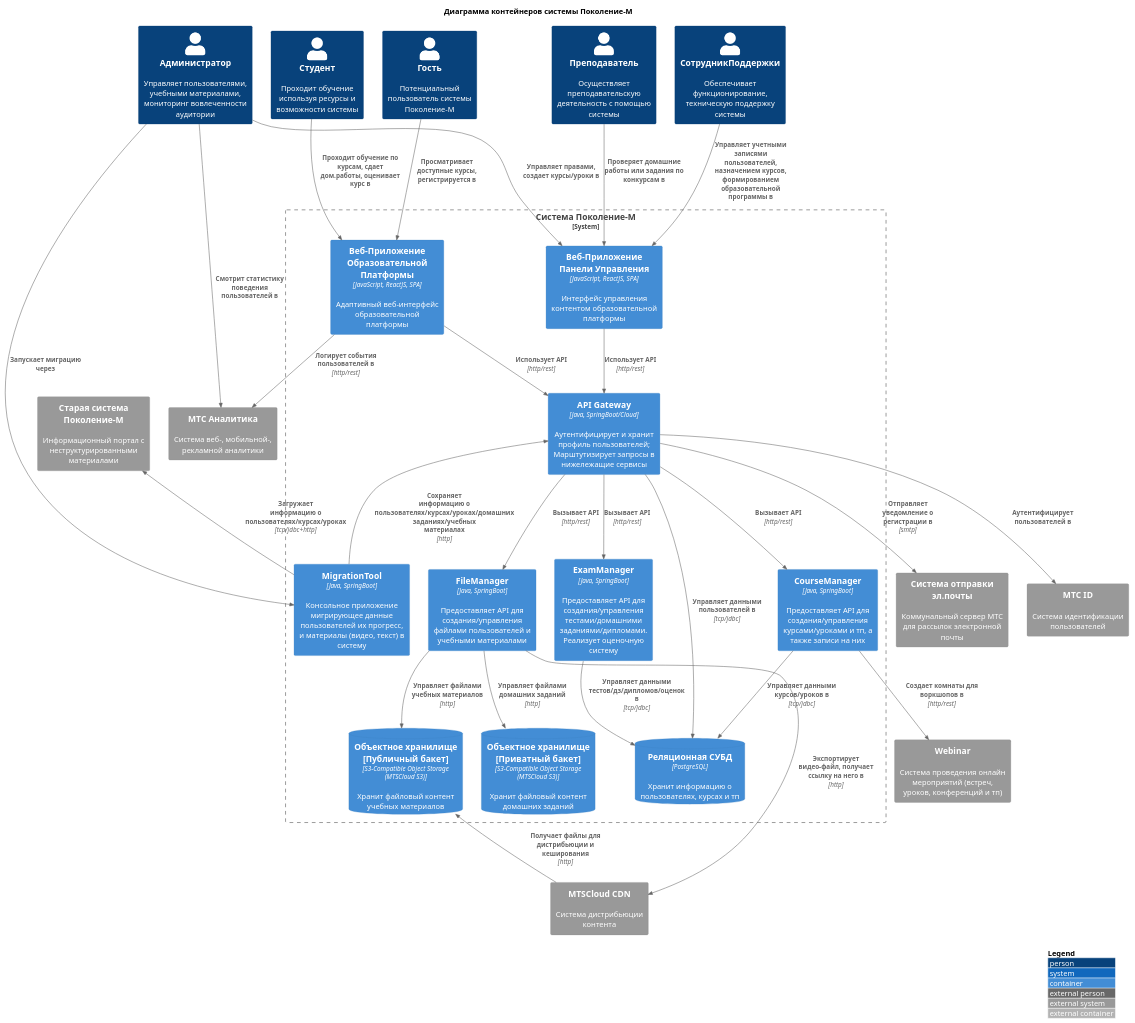
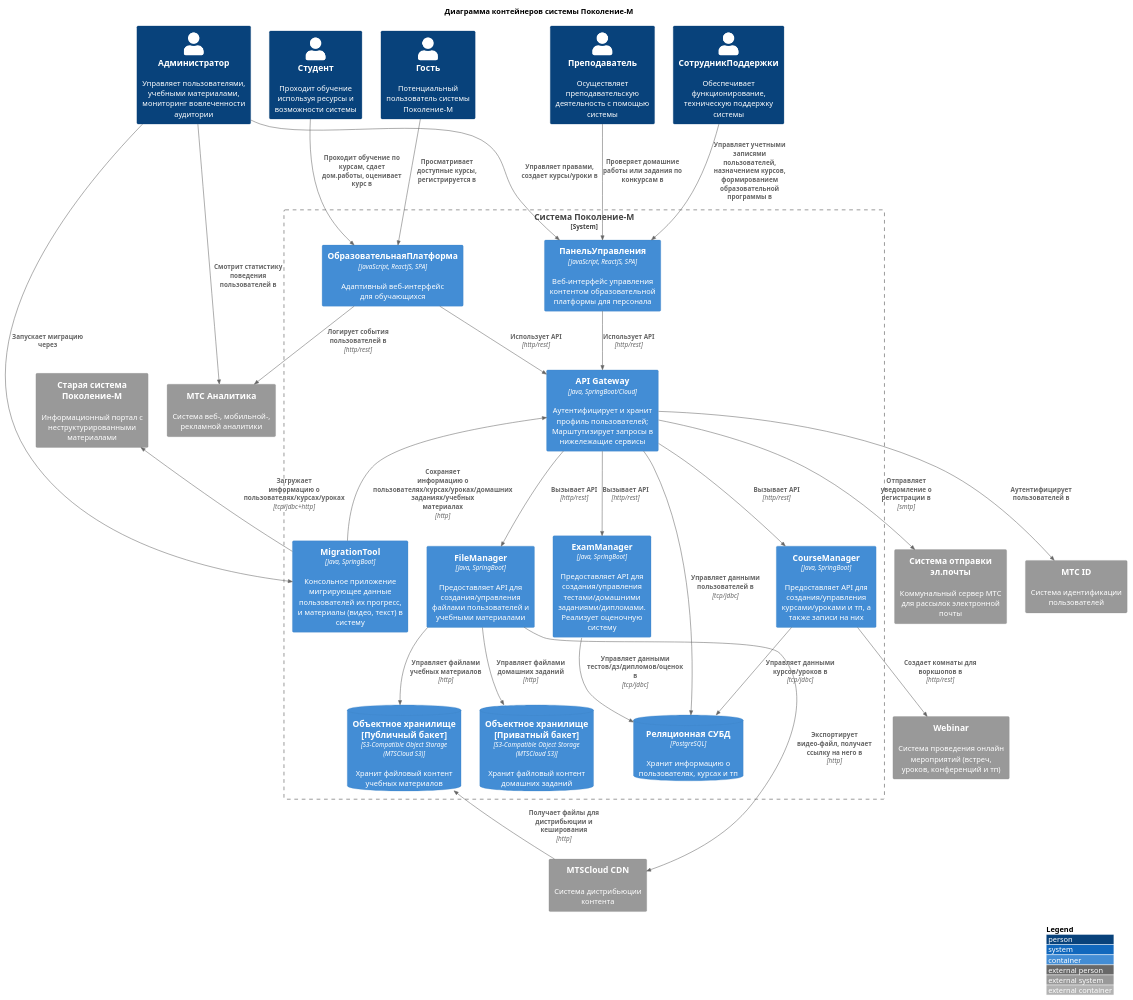
The diagram in docs/c4/containers.md (karpoftea/mts-kata-2023), drawn with PlantUML before and after one commit.

````diff
--- a/docs/c4/containers.md
+++ b/docs/c4/containers.md
@@ -7,71 +7,71 @@
 ```plantuml
 @startuml
 !include https://raw.githubusercontent.com/plantuml-stdlib/C4-PlantUML/master/C4_Container.puml
 
 LAYOUT_WITH_LEGEND()
 
 title Диаграмма контейнеров системы Поколение-М
 
 Person(guest, "Гость", "Потенциальный пользователь системы Поколение-М")
 Person(student, "Студент", "Проходит обучение используя ресурсы и возможности системы")
 Person(teacher, "Преподаватель", "Осуществляет преподавательскую деятельность с помощью системы")
 Person(support, "СотрудникПоддержки", "Обеспечивает функционирование, техническую поддержку системы")
 Person(admin, "Администратор", "Управляет пользователями, учебными материалами, мониторинг вовлеченности аудитории")
 
 System_Boundary(sys, "Система Поколение-М") {
-    Container(userwebapp, "Веб-Приложение Образовательной Платформы", "JavaScript, ReactJS, SPA", "Адаптивный веб-интерфейс образовательной платформы")
-    Container(adminwebapp, "Веб-Приложение Панели Управления", "JavaScript, ReactJS, SPA", "Интерфейс управления контентом образовательной платформы")
+    Container(userwebapp, "ОбразовательнаяПлатформа", "JavaScript, ReactJS, SPA", "Адаптивный веб-интерфейс для обучающихся")
+    Container(adminwebapp, "ПанельУправления", "JavaScript, ReactJS, SPA", "Веб-интерфейс управления контентом образовательной платформы для персонала")
     Container(gw, "API Gateway", "Java, SpringBoot/Cloud", "Аутентифицирует и хранит профиль пользователей; Марштутизирует запросы в нижележащие сервисы")
     Container(cm, "CourseManager", "Java, SpringBoot", "Предоставляет API для создания/управления курсами/уроками и тп, а также записи на них")
     Container(fm, "FileManager", "Java, SpringBoot", "Предоставляет API для создания/управления файлами пользователей и учебными материалами")
     Container(em, "ExamManager", "Java, SpringBoot", "Предоставляет API для создания/управления тестами/домашними заданиями/дипломами. Реализует оценочную систему")
     Container(mt, "MigrationTool", "Java, SpringBoot", "Консольное приложение мигрирующее данные пользователей их прогресс, и материалы (видео, текст) в систему")
     ContainerDb(dbms, "Реляционная СУБД", "PostgreSQL", "Хранит информацию о пользователях, курсах и тп")
     ContainerDb(s3private, "Объектное хранилище [Приватный бакет]", "S3-Compatible Object Storage (MTSCloud S3)", "Хранит файловый контент домашних заданий")
     ContainerDb(s3public, "Объектное хранилище [Публичный бакет]", "S3-Compatible Object Storage (MTSCloud S3)", "Хранит файловый контент учебных материалов")
 }
 
 System_Ext(mtsa, "МТС Аналитика", "Система веб-, мобильной-, рекламной аналитики")
 System_Ext(emailsys, "Система отправки эл.почты", "Коммунальный сервер МТС для рассылок электронной почты")
 System_Ext(mtsid, "МТС ID", "Система идентификации пользователей")
 System_Ext(mtscloudcdn, "MTSCloud CDN", "Система дистрибьюции контента")
 System_Ext(legacy, "Старая система Поколение-М", "Информационный портал с неструктурированными материалами")
 System_Ext(webinar, "Webinar", "Система проведения онлайн мероприятий (встреч, уроков, конференций и тп)")
 
 Rel(admin, adminwebapp, "Управляет правами, создает курсы/уроки в")
 Rel(admin, mtsa, "Смотрит статистику поведения пользователей в")
 Rel(admin, mt, "Запускает миграцию через")
 
 Rel(guest, userwebapp, "Просматривает доступные курсы, регистрируется в")
 Rel(student, userwebapp, "Проходит обучение по курсам, сдает дом.работы, оценивает курс в")
 Rel(teacher, adminwebapp, "Проверяет домашние работы или задания по конкурсам в")
 Rel(support, adminwebapp, "Управляет учетными записями пользователей, назначением курсов, формированием образовательной программы в")
 
 Rel(userwebapp, gw, "Использует API", "http/rest")
 Rel(userwebapp, mtsa, "Логирует события пользователей в", "http/rest")
 
 Rel(adminwebapp, gw, "Использует API", "http/rest")
 
 Rel(gw, dbms, "Управляет данными пользователей в", "tcp/jdbc")
 Rel(gw, emailsys, "Отправляет уведомление о регистрации в", "smtp")
 Rel(gw, mtsid, "Аутентифицирует пользователей в")
 Rel(gw, cm, "Вызывает API", "http/rest")
 Rel(gw, fm, "Вызывает API", "http/rest")
 Rel(gw, em, "Вызывает API", "http/rest")
 
 Rel(cm, dbms, "Управляет данными курсов/уроков в", "tcp/jdbc")
 Rel(cm, webinar, "Создает комнаты для воркшопов в", "http/rest")
 
 Rel(em, dbms, "Управляет данными тестов/дз/дипломов/оценок в", "tcp/jdbc")
 
 Rel_U(mt, legacy, "Загружает информацию о пользователях/курсах/уроках", "tcp/jdbc+http")
 Rel_U(mt, gw, "Сохраняет информацию о пользователях/курсах/уроках/домашних заданиях/учебных материалах", "http")
 
 Rel(fm, s3private, "Управляет файлами домашних заданий", "http")
 Rel(fm, s3public, "Управляет файлами учебных материалов", "http")
 Rel(fm, mtscloudcdn, "Экспортирует видео-файл, получает ссылку на него в", "http")
 
 Rel_U(mtscloudcdn, s3public, "Получает файлы для дистрибьюции и кеширования", "http")
 
 @enduml
 ```
````
